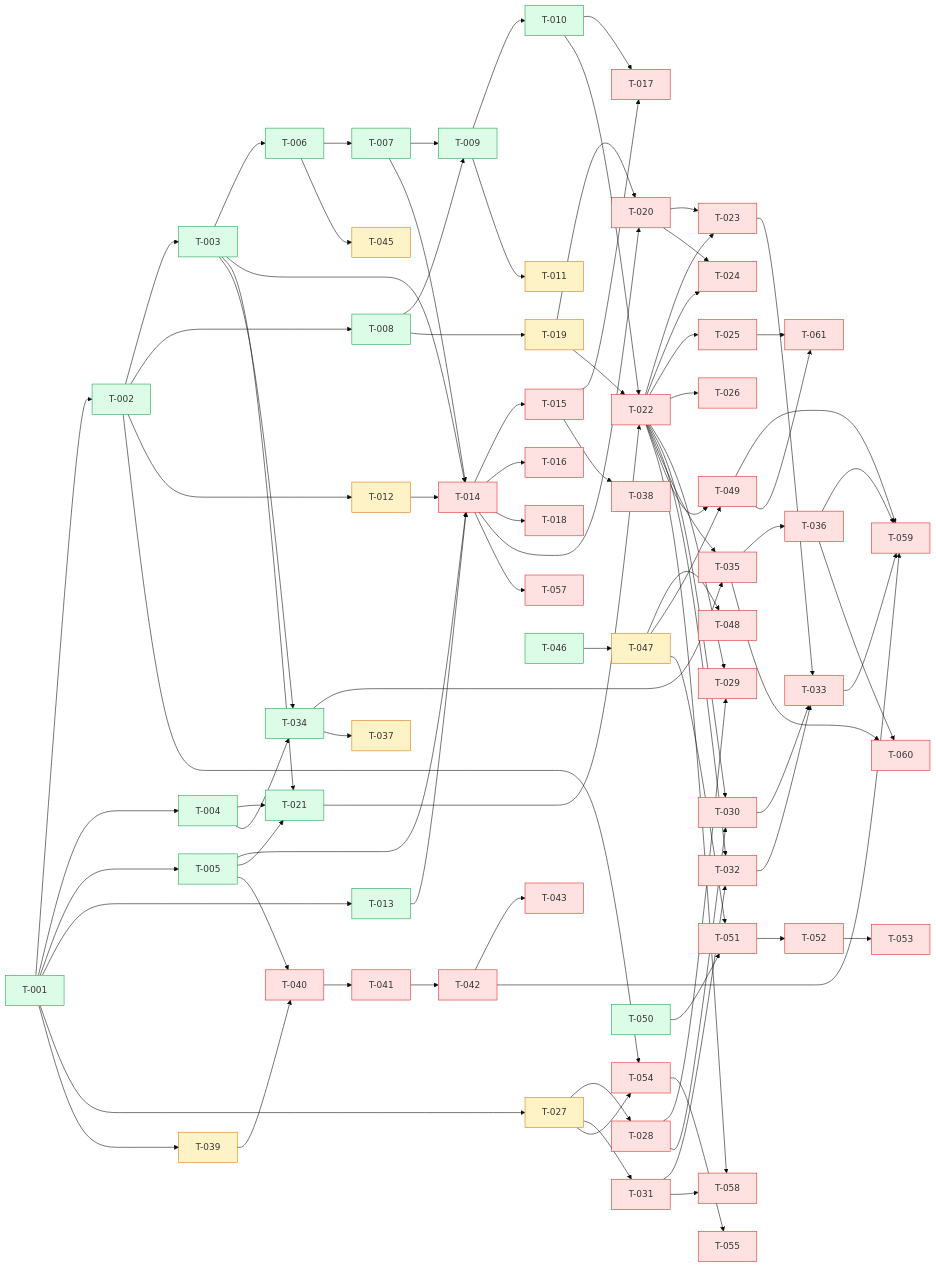
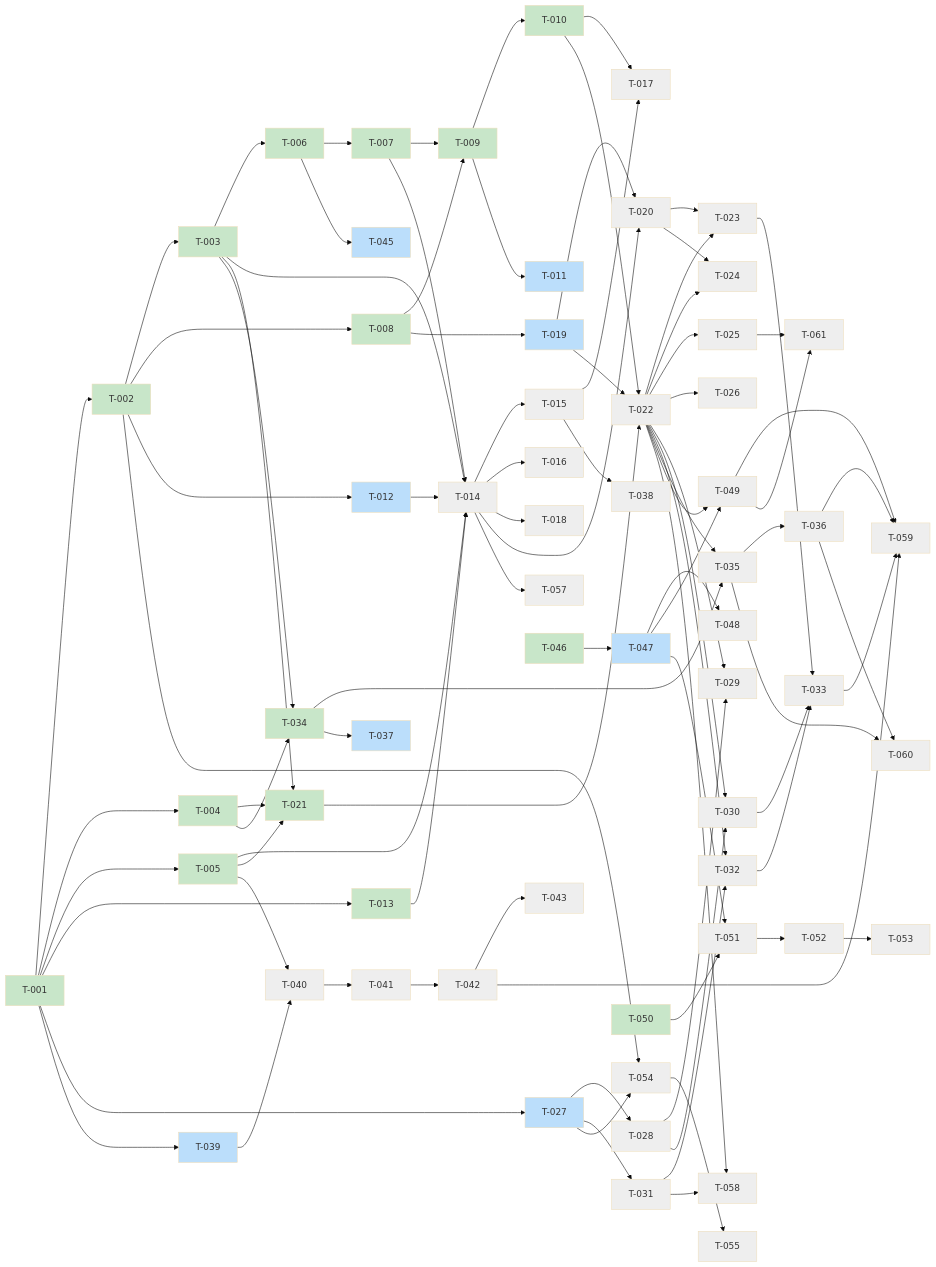
The diagram in kanban/BOARD.md (scholtz/biatec-chat), drawn with Mermaid (base theme) before and after one commit. The commit also changed other lines of this file, not shown here.

Commit message:
kanban: sync board (merged tasks done, unblock dependants)

````diff
--- a/kanban/BOARD.md
+++ b/kanban/BOARD.md
@@ -183,71 +183,13 @@
   T036[T-036] --> T060[T-060]
   T025[T-025] --> T061[T-061]
   T049[T-049] --> T061[T-061]
-  classDef backlog fill:#dbeafe,stroke:#2563eb
-  classDef prog fill:#fef3c7,stroke:#d97706
-  classDef blocked fill:#fee2e2,stroke:#dc2626
-  classDef review fill:#ede9fe,stroke:#7c3aed
-  classDef done fill:#dcfce7,stroke:#16a34a
-  class T001 done
-  class T002 done
-  class T003 done
-  class T004 done
-  class T005 done
-  class T006 done
-  class T007 done
-  class T008 done
-  class T009 done
-  class T010 done
-  class T011 prog
-  class T012 prog
-  class T013 done
-  class T014 blocked
-  class T015 blocked
-  class T016 blocked
-  class T017 blocked
-  class T018 blocked
-  class T019 prog
-  class T020 blocked
-  class T021 done
-  class T022 blocked
-  class T023 blocked
-  class T024 blocked
-  class T025 blocked
-  class T026 blocked
-  class T027 prog
-  class T028 blocked
-  class T029 blocked
-  class T030 blocked
-  class T031 blocked
-  class T032 blocked
-  class T033 blocked
-  class T034 done
-  class T035 blocked
-  class T036 blocked
-  class T037 prog
-  class T038 blocked
-  class T039 prog
-  class T040 blocked
-  class T041 blocked
-  class T042 blocked
-  class T043 blocked
-  class T044 done
-  class T045 prog
-  class T046 done
-  class T047 prog
-  class T048 blocked
-  class T049 blocked
-  class T050 done
-  class T051 blocked
-  class T052 blocked
-  class T053 blocked
-  class T054 blocked
-  class T055 blocked
+  classDef done fill:#c8e6c9
+  classDef review fill:#fff9c4
+  classDef inprogress fill:#bbdefb
+  classDef backlog fill:#ffffff
+  classDef blocked fill:#eeeeee
+  class T001,T002,T003,T004,T005,T006,T007,T008,T009,T010,T013,T021,T034,T044,T046,T050 done
+  class T012,T019,T027,T039,T011,T047,T037,T045 inprogress
   class T056 backlog
-  class T057 blocked
-  class T058 blocked
-  class T059 blocked
-  class T060 blocked
-  class T061 blocked
-
+  class T014,T015,T020,T022,T023,T040,T041,T042,T017,T024,T028,T029,T030,T031,T032,T033,T035,T036,T038,T049,T055,T059,T016,T018,T025,T026,T043,T048,T051,T052,T054,T053,T057,T058,T060,T061 blocked
 ```
````
